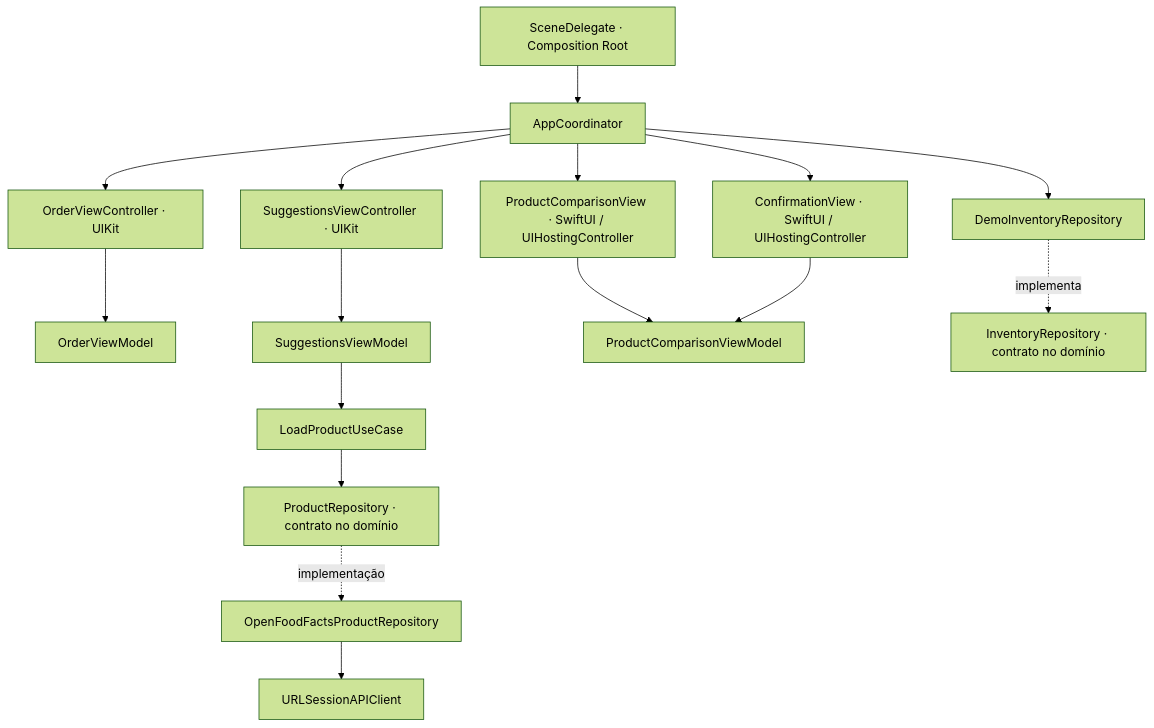
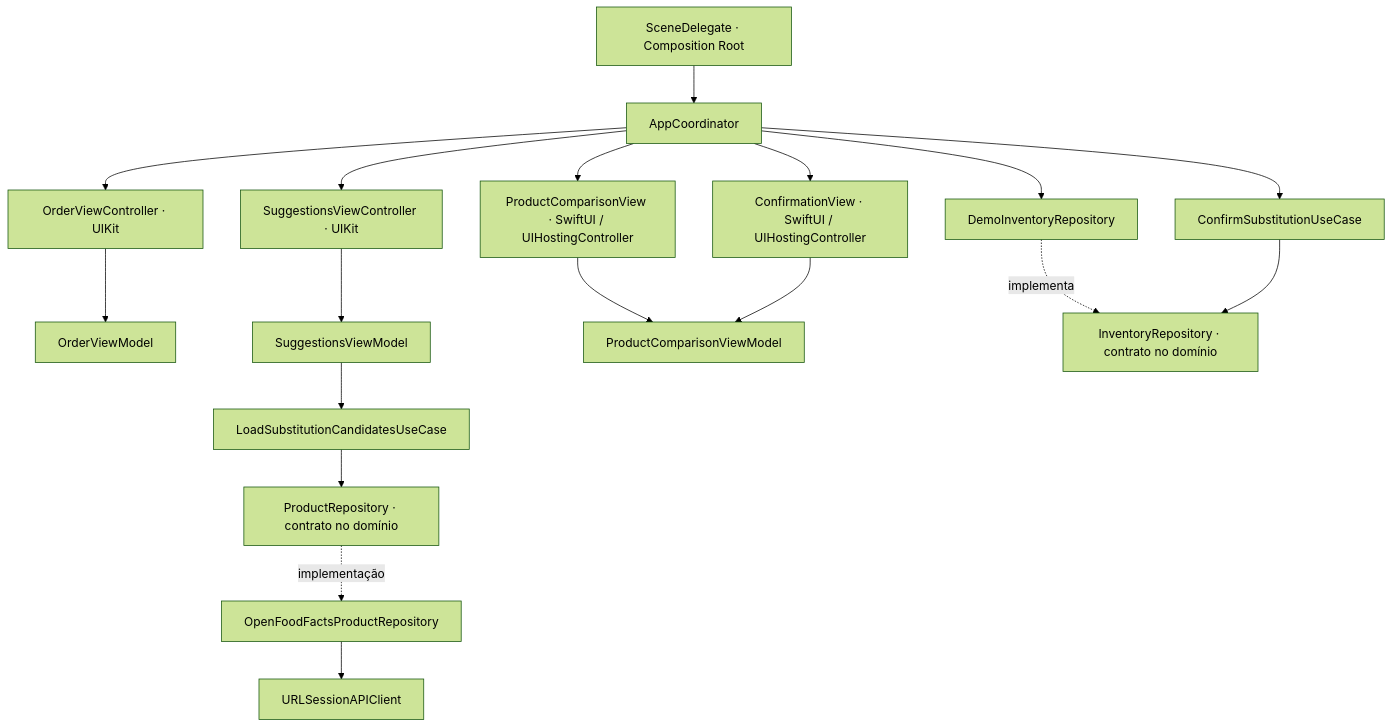
One commit to gabrielbarbosa-devv/substi-ios changed the second of 3 diagrams in README.md. Above: the diagram before and after it, drawn with Mermaid (forest theme). The commit also changed other lines of this file and 27 other files, not shown here.

Commit message:
fix(delivery): harden API diagnostics and substitution flow

````diff
--- a/README.md
+++ b/README.md
@@ -53,18 +53,20 @@
 ```mermaid
 flowchart TB
     SD[SceneDelegate · Composition Root] --> AC[AppCoordinator]
     AC --> O[OrderViewController · UIKit]
     AC --> S[SuggestionsViewController · UIKit]
     AC --> C[ProductComparisonView · SwiftUI / UIHostingController]
     AC --> F[ConfirmationView · SwiftUI / UIHostingController]
     O --> OV[OrderViewModel]
     S --> SV[SuggestionsViewModel]
     C --> CV[ProductComparisonViewModel]
     F --> CV
-    SV --> UC[LoadProductUseCase]
+    SV --> UC[LoadSubstitutionCandidatesUseCase]
     UC --> PR[ProductRepository · contrato no domínio]
     PR -. implementação .-> RP[OpenFoodFactsProductRepository]
     RP --> CL[URLSessionAPIClient]
     AC --> IR[DemoInventoryRepository]
     IR -. implementa .-> IC[InventoryRepository · contrato no domínio]
+    AC --> CS[ConfirmSubstitutionUseCase]
+    CS --> IC
 ```
````
